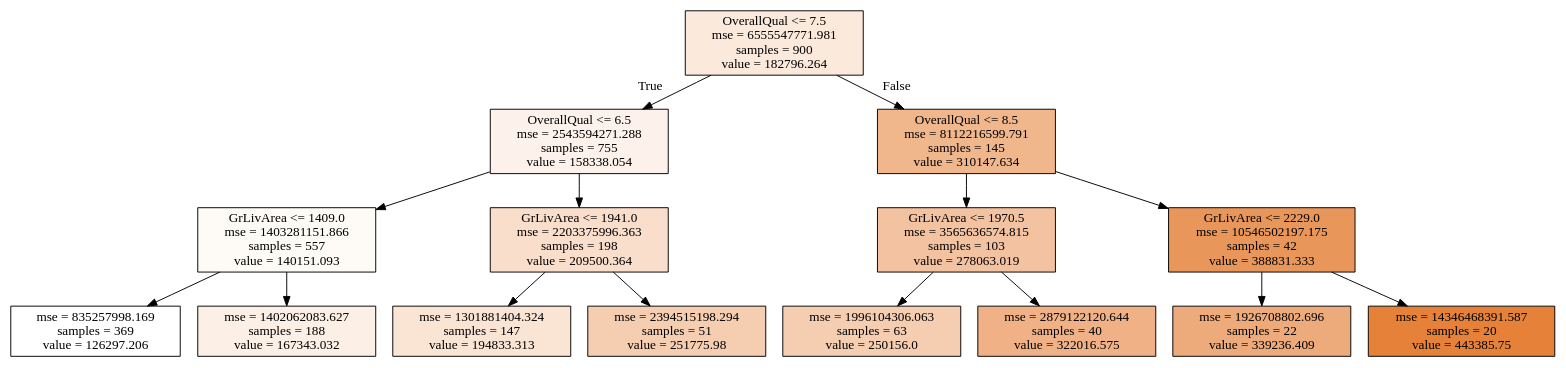
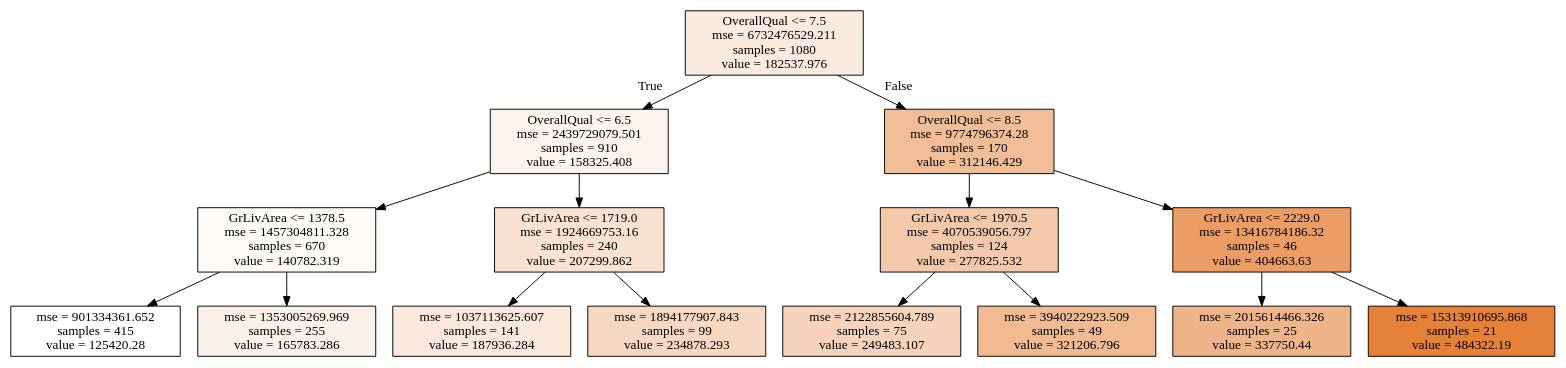
One commit to Gadiben/AML2018 changed the diagram in Notebooks/challenges/tree.dot. Above: the diagram before and after it, drawn with Graphviz. The commit also changed 3 other files, not shown here.

```diff
--- a/Notebooks/challenges/tree.dot
+++ b/Notebooks/challenges/tree.dot
@@ -1,32 +1,32 @@
 digraph Tree {
 node [shape=box, style="filled", color="black"] ;
-0 [label="OverallQual <= 7.5\nmse = 6555547771.981\nsamples = 900\nvalue = 182796.264", fillcolor="#e581392d"] ;
-1 [label="OverallQual <= 6.5\nmse = 2543594271.288\nsamples = 755\nvalue = 158338.054", fillcolor="#e581391a"] ;
+0 [label="OverallQual <= 7.5\nmse = 6732476529.211\nsamples = 1080\nvalue = 182537.976", fillcolor="#e5813929"] ;
+1 [label="OverallQual <= 6.5\nmse = 2439729079.501\nsamples = 910\nvalue = 158325.408", fillcolor="#e5813917"] ;
 0 -> 1 [labeldistance=2.5, labelangle=45, headlabel="True"] ;
-2 [label="GrLivArea <= 1409.0\nmse = 1403281151.866\nsamples = 557\nvalue = 140151.093", fillcolor="#e581390b"] ;
+2 [label="GrLivArea <= 1378.5\nmse = 1457304811.328\nsamples = 670\nvalue = 140782.319", fillcolor="#e581390b"] ;
 1 -> 2 ;
-3 [label="mse = 835257998.169\nsamples = 369\nvalue = 126297.206", fillcolor="#e5813900"] ;
+3 [label="mse = 901334361.652\nsamples = 415\nvalue = 125420.28", fillcolor="#e5813900"] ;
 2 -> 3 ;
-4 [label="mse = 1402062083.627\nsamples = 188\nvalue = 167343.032", fillcolor="#e5813921"] ;
+4 [label="mse = 1353005269.969\nsamples = 255\nvalue = 165783.286", fillcolor="#e581391d"] ;
 2 -> 4 ;
-5 [label="GrLivArea <= 1941.0\nmse = 2203375996.363\nsamples = 198\nvalue = 209500.364", fillcolor="#e5813943"] ;
+5 [label="GrLivArea <= 1719.0\nmse = 1924669753.16\nsamples = 240\nvalue = 207299.862", fillcolor="#e581393a"] ;
 1 -> 5 ;
-6 [label="mse = 1301881404.324\nsamples = 147\nvalue = 194833.313", fillcolor="#e5813937"] ;
+6 [label="mse = 1037113625.607\nsamples = 141\nvalue = 187936.284", fillcolor="#e581392c"] ;
 5 -> 6 ;
-7 [label="mse = 2394515198.294\nsamples = 51\nvalue = 251775.98", fillcolor="#e5813965"] ;
+7 [label="mse = 1894177907.843\nsamples = 99\nvalue = 234878.293", fillcolor="#e581394e"] ;
 5 -> 7 ;
-8 [label="OverallQual <= 8.5\nmse = 8112216599.791\nsamples = 145\nvalue = 310147.634", fillcolor="#e5813994"] ;
+8 [label="OverallQual <= 8.5\nmse = 9774796374.28\nsamples = 170\nvalue = 312146.429", fillcolor="#e5813985"] ;
 0 -> 8 [labeldistance=2.5, labelangle=-45, headlabel="False"] ;
-9 [label="GrLivArea <= 1970.5\nmse = 3565636574.815\nsamples = 103\nvalue = 278063.019", fillcolor="#e581397a"] ;
+9 [label="GrLivArea <= 1970.5\nmse = 4070539056.797\nsamples = 124\nvalue = 277825.532", fillcolor="#e581396c"] ;
 8 -> 9 ;
-10 [label="mse = 1996104306.063\nsamples = 63\nvalue = 250156.0", fillcolor="#e5813964"] ;
+10 [label="mse = 2122855604.789\nsamples = 75\nvalue = 249483.107", fillcolor="#e5813958"] ;
 9 -> 10 ;
-11 [label="mse = 2879122120.644\nsamples = 40\nvalue = 322016.575", fillcolor="#e581399d"] ;
+11 [label="mse = 3940222923.509\nsamples = 49\nvalue = 321206.796", fillcolor="#e581398b"] ;
 9 -> 11 ;
-12 [label="GrLivArea <= 2229.0\nmse = 10546502197.175\nsamples = 42\nvalue = 388831.333", fillcolor="#e58139d3"] ;
+12 [label="GrLivArea <= 2229.0\nmse = 13416784186.32\nsamples = 46\nvalue = 404663.63", fillcolor="#e58139c6"] ;
 8 -> 12 ;
-13 [label="mse = 1926708802.696\nsamples = 22\nvalue = 339236.409", fillcolor="#e58139ab"] ;
+13 [label="mse = 2015614466.326\nsamples = 25\nvalue = 337750.44", fillcolor="#e5813997"] ;
 12 -> 13 ;
-14 [label="mse = 14346468391.587\nsamples = 20\nvalue = 443385.75", fillcolor="#e58139ff"] ;
+14 [label="mse = 15313910695.868\nsamples = 21\nvalue = 484322.19", fillcolor="#e58139ff"] ;
 12 -> 14 ;
 }
```
